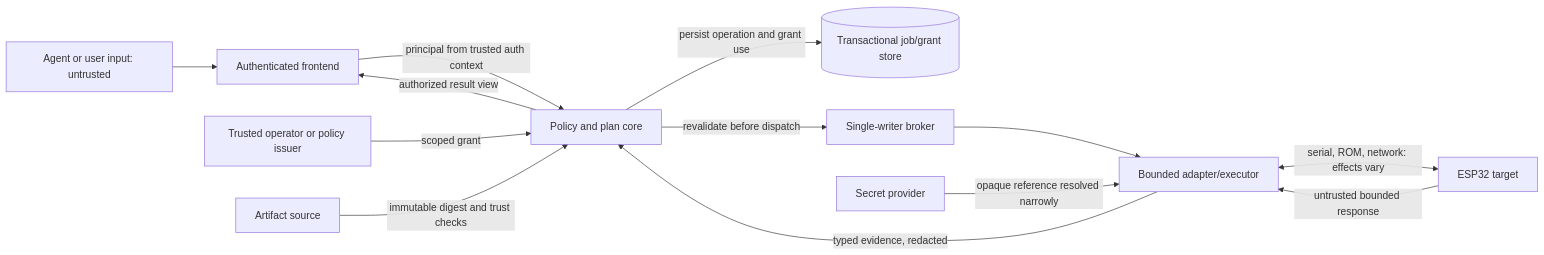
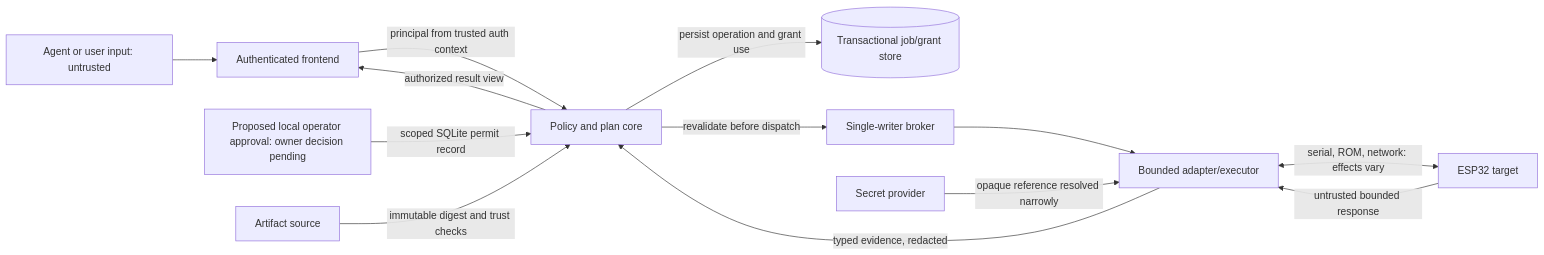
One commit to ozand/adv changed the diagram in docs/deviceops/THREAT_MODEL.md. Above: the diagram before and after it, drawn with Mermaid. The commit also changed other lines of this file and 1 other file, not shown here.

Commit message:
docs(DeviceOps): propose local grant issuer for owner decision

````diff
--- a/docs/deviceops/THREAT_MODEL.md
+++ b/docs/deviceops/THREAT_MODEL.md
@@ -42,15 +42,15 @@
 ```mermaid
 flowchart LR
     A[Agent or user input: untrusted] --> F[Authenticated frontend]
     F -->|principal from trusted auth context| C[Policy and plan core]
-    U[Trusted operator or policy issuer] -->|scoped grant| C
+    U[Proposed local operator approval: owner decision pending] -->|scoped SQLite permit record| C
     C -->|persist operation and grant use| J[(Transactional job/grant store)]
     C -->|revalidate before dispatch| B[Single-writer broker]
     B --> X[Bounded adapter/executor]
     X <-->|serial, ROM, network: effects vary| D[ESP32 target]
     D -->|untrusted bounded response| X
     X -->|typed evidence, redacted| C
     C -->|authorized result view| F
     S[Secret provider] -->|opaque reference resolved narrowly| X
     R[Artifact source] -->|immutable digest and trust checks| C
 ```
````
